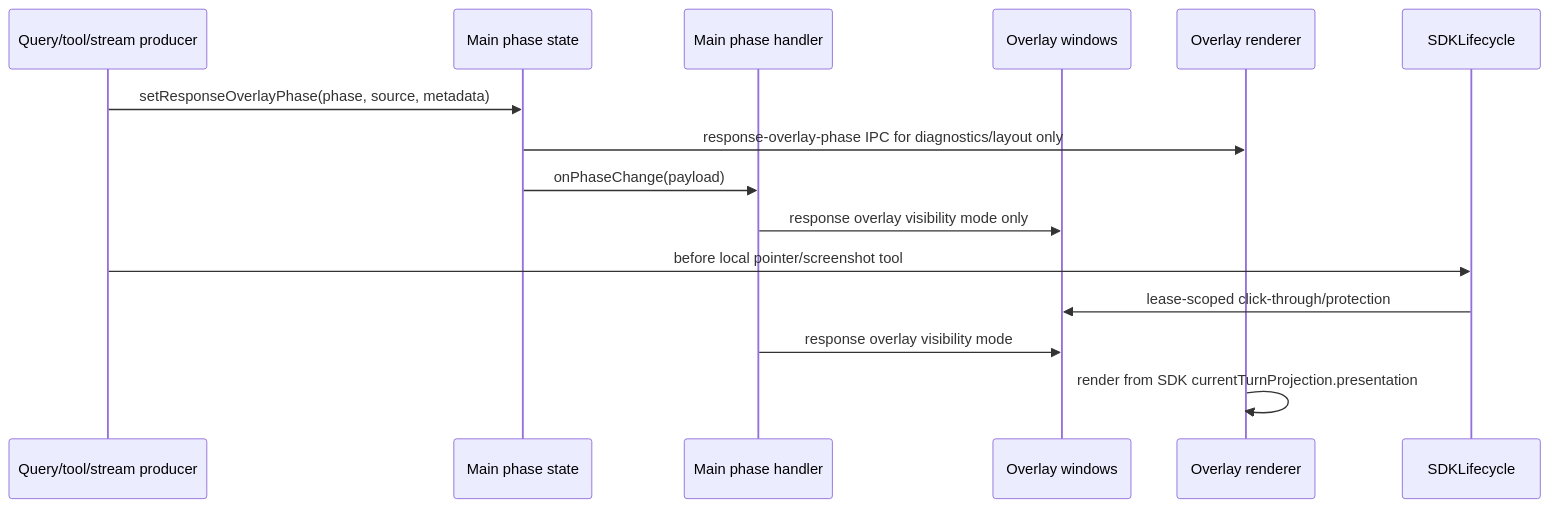
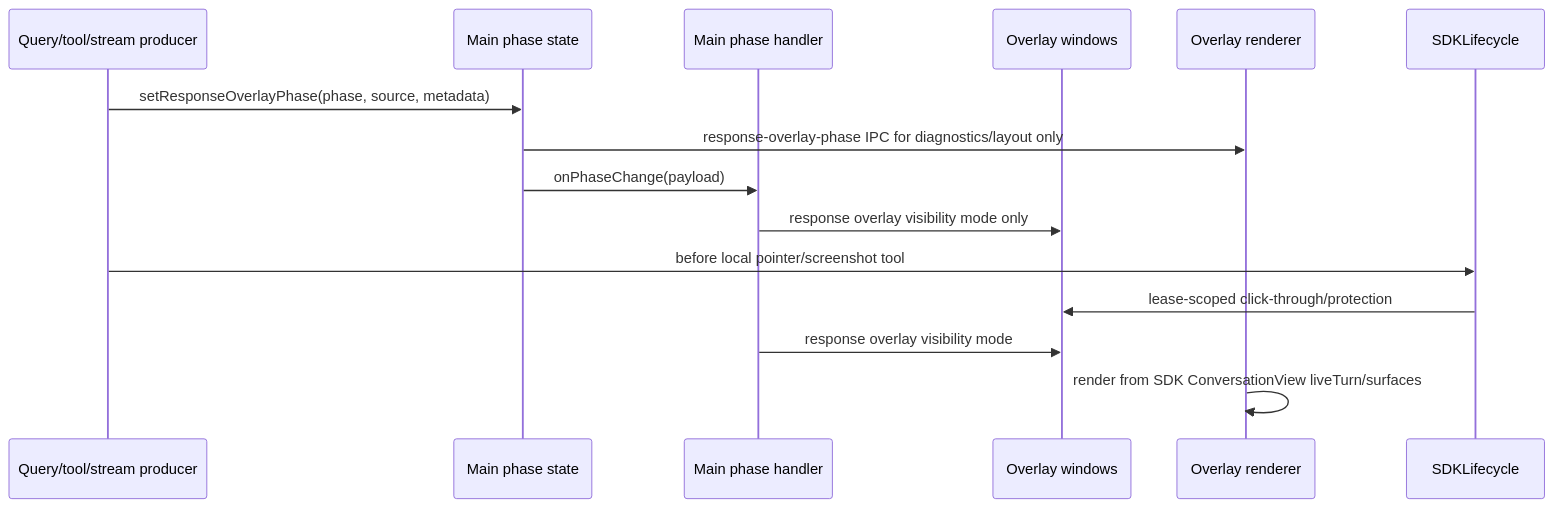
The diagram in docs/frontend/runtime/overlay_phase_and_surface_change_workflow.md (buiilding/My_Own_OpenClaw), drawn with Mermaid before and after one commit. The commit also changed other lines of this file and 26 other files, not shown here.

````diff
--- a/docs/frontend/runtime/overlay_phase_and_surface_change_workflow.md
+++ b/docs/frontend/runtime/overlay_phase_and_surface_change_workflow.md
@@ -65,17 +66,17 @@
 ```mermaid
 sequenceDiagram
     participant Producer as Query/tool/stream producer
     participant MainState as Main phase state
     participant MainHandler as Main phase handler
     participant Windows as Overlay windows
     participant Renderer as Overlay renderer
 
     Producer->>MainState: setResponseOverlayPhase(phase, source, metadata)
     MainState->>Renderer: response-overlay-phase IPC for diagnostics/layout only
     MainState->>MainHandler: onPhaseChange(payload)
     MainHandler->>Windows: response overlay visibility mode only
     Producer->>SDKLifecycle: before local pointer/screenshot tool
     SDKLifecycle->>Windows: lease-scoped click-through/protection
     MainHandler->>Windows: response overlay visibility mode
-    Renderer->>Renderer: render from SDK currentTurnProjection.presentation
+    Renderer->>Renderer: render from SDK ConversationView liveTurn/surfaces
 ```
````
